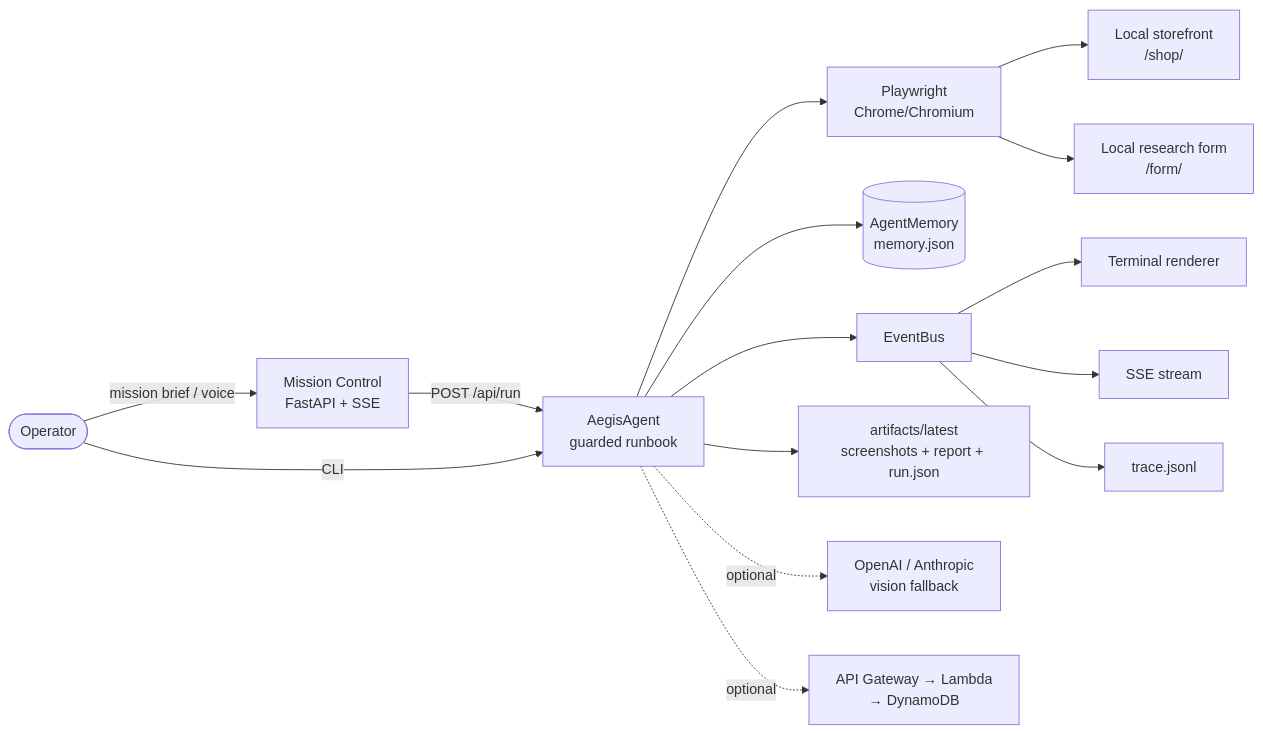
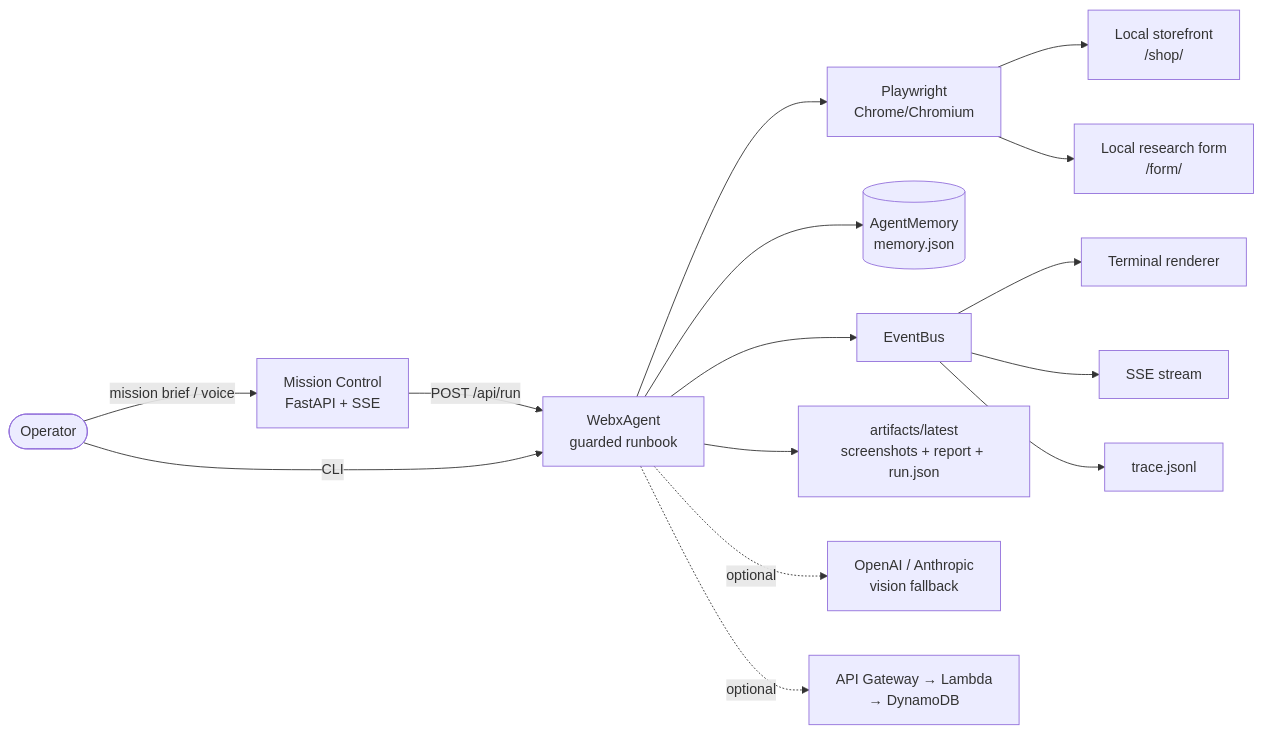
One commit to Abhishekgit01/Webx changed the first of 3 diagrams in docs/ARCHITECTURE.md. Above: the diagram before and after it, drawn with Mermaid. The commit also changed other lines of this file and 56 other files, not shown here.

````diff
--- a/docs/ARCHITECTURE.md
+++ b/docs/ARCHITECTURE.md
@@ -22,17 +22,17 @@
 ```mermaid
 flowchart LR
     Operator([Operator]) -->|mission brief / voice| Dashboard[Mission Control<br/>FastAPI + SSE]
-    Dashboard -->|POST /api/run| Agent[AegisAgent<br/>guarded runbook]
+    Dashboard -->|POST /api/run| Agent[WebxAgent<br/>guarded runbook]
     Operator -->|CLI| Agent
     Agent --> Browser[Playwright<br/>Chrome/Chromium]
     Browser --> Shop[Local storefront<br/>/shop/]
     Browser --> Form[Local research form<br/>/form/]
     Agent --> Memory[(AgentMemory<br/>memory.json)]
     Agent --> Events[EventBus]
     Events --> Terminal[Terminal renderer]
     Events --> SSE[SSE stream]
     Events --> Trace[trace.jsonl]
     Agent --> Artifacts[artifacts/latest<br/>screenshots + report + run.json]
     Agent -. optional .-> Vision[OpenAI / Anthropic<br/>vision fallback]
     Agent -. optional .-> Cloud[API Gateway → Lambda<br/>→ DynamoDB]
 ```
````
